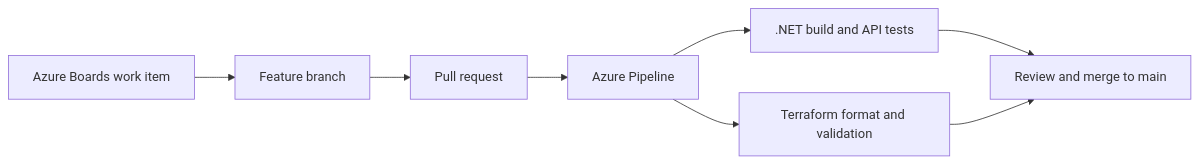
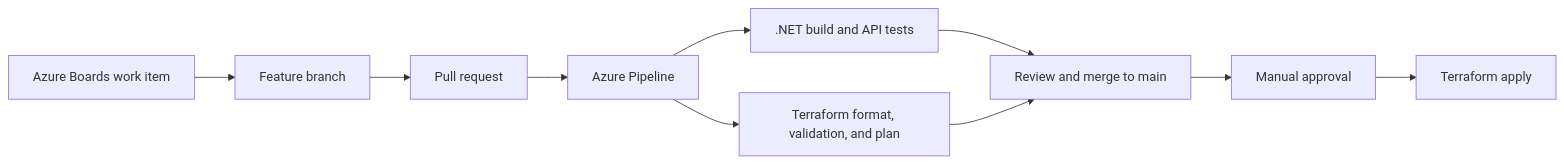
One commit to R-Cipher/azure-devops-lab changed the diagram in README.md. Above: the diagram before and after it, drawn with Mermaid. The commit also changed other lines of this file and 2 other files, not shown here.

Commit message:
Add approval-gated Terraform apply pipeline

````diff
--- a/README.md
+++ b/README.md
@@ -17,10 +17,12 @@
 ```mermaid
 flowchart LR
     A["Azure Boards work item"] --> B["Feature branch"]
     B --> C["Pull request"]
     C --> D["Azure Pipeline"]
     D --> E[".NET build and API tests"]
-    D --> F["Terraform format and validation"]
+    D --> F["Terraform format, validation, and plan"]
     E --> G["Review and merge to main"]
     F --> G
+    G --> H["Manual approval"]
+    H --> I["Terraform apply"]
 ```
````
